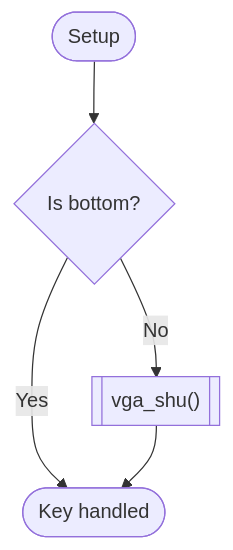
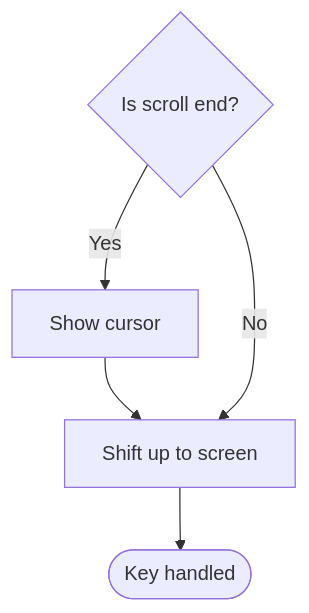
Before and after one commit to facooya/fayos: diagram 12 of 12 in docs/drv/keyboard.md, drawn with Mermaid. The commit also changed other lines of this file and 1 other file, not shown here.

Commit message:
docs(keyboard): Update process flow for page up/down keys

````diff
--- a/docs/drv/keyboard.md
+++ b/docs/drv/keyboard.md
@@ -370,6 +370,6 @@
 ```mermaid
 graph TD
-Start([Setup]) --> IfBottom{"Is bottom?"}
-IfBottom -- Yes --> End([Key handled])
-IfBottom -- No --> A[["vga_shu()"]] --> End
+IfEnd{"Is scroll end?"}
+IfEnd -- Yes --> Curs[Show cursor] --> Shu
+IfEnd -- No --> Shu[Shift up to screen] --> End([Key handled])
 ```
````
